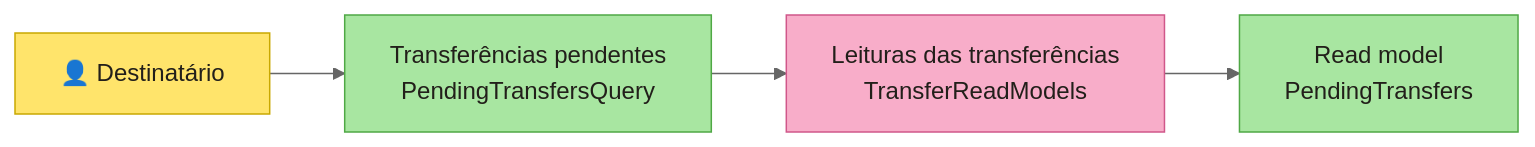
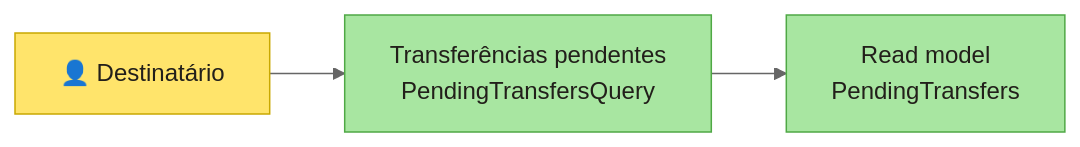
One commit to ecdesa-labs/cerne changed the fourth of 5 diagrams in README.md. Above: the diagram before and after it, drawn with Mermaid (neutral theme). The commit also changed other lines of this file and 9 other files, not shown here.

First line of the commit message:
rde: the read model is the query's response, not a port

````diff
--- a/README.md
+++ b/README.md
@@ -635,9 +634,8 @@
 ```mermaid
 flowchart LR
   recipient["👤 Destinatário"]:::actor --> query["Transferências pendentes<br/>PendingTransfersQuery"]:::readmodel
-  query --> port["Leituras das transferências<br/>TransferReadModels"]:::external
-  port --> readModel["Read model<br/>PendingTransfers"]:::readmodel
+  query --> readModel["Read model<br/>PendingTransfers"]:::readmodel
   classDef actor fill:#ffe46b,stroke:#c9a800,color:#221f1a
   classDef readmodel fill:#a8e6a1,stroke:#4fa845,color:#221f1a
   classDef external fill:#f8adc9,stroke:#d0578a,color:#221f1a
 ```
````
